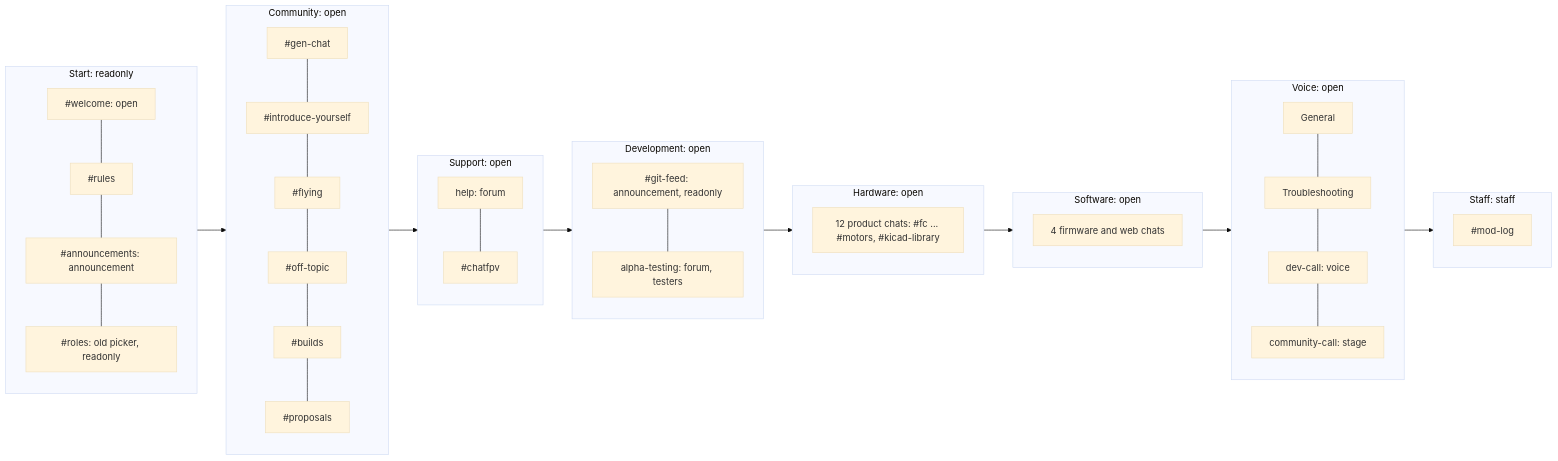
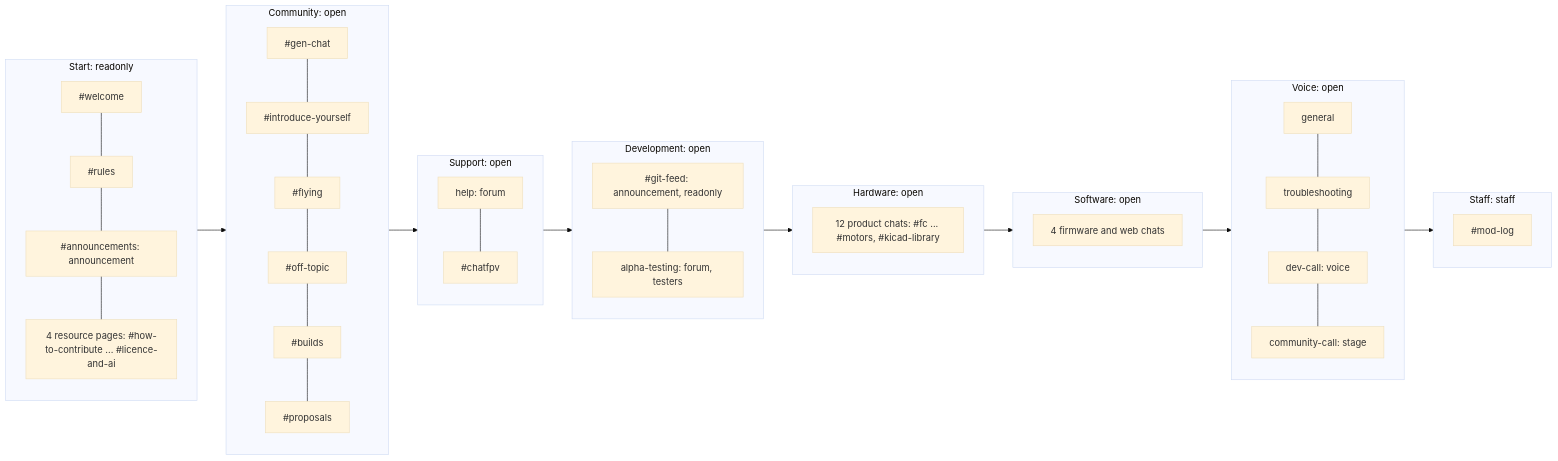
Before and after one commit to OpenDrone-hw/discord: the second of 4 diagrams in README.md, drawn with Mermaid (base theme). The commit also changed other lines of this file and 18 other files, not shown here.

````diff
--- a/README.md
+++ b/README.md
@@ -26,36 +26,36 @@
 ```mermaid
 flowchart LR
   subgraph Start["Start: readonly"]
     direction TB
-    welcome["#welcome: open"] --- rules["#rules"] --- ann["#announcements: announcement"] --- roles["#roles: old picker, readonly"]
+    welcome["#welcome"] --- rules["#rules"] --- ann["#announcements: announcement"] --- res["4 resource pages: #how-to-contribute ... #licence-and-ai"]
   end
   subgraph Community["Community: open"]
     direction TB
     gen["#gen-chat"] --- intro["#introduce-yourself"] --- flying["#flying"] --- off["#off-topic"] --- builds["#builds"] --- props["#proposals"]
   end
   subgraph Support["Support: open"]
     direction TB
     help["help: forum"] --- chatfpv["#chatfpv"]
   end
   subgraph Development["Development: open"]
     direction TB
     feed["#git-feed: announcement, readonly"] --- alpha["alpha-testing: forum, testers"]
   end
   subgraph Hardware["Hardware: open"]
     direction TB
     hw["12 product chats: #fc ... #motors, #kicad-library"]
   end
   subgraph Software["Software: open"]
     direction TB
     sw["4 firmware and web chats"]
   end
   subgraph Voice["Voice: open"]
     direction TB
-    gv["General"] --- tv["Troubleshooting"] --- dc["dev-call: voice"] --- cc["community-call: stage"]
+    gv["general"] --- tv["troubleshooting"] --- dc["dev-call: voice"] --- cc["community-call: stage"]
   end
   subgraph Staff["Staff: staff"]
     direction TB
     modlog["#mod-log"]
   end
   Start --> Community --> Support --> Development --> Hardware --> Software --> Voice --> Staff
 ```
````
